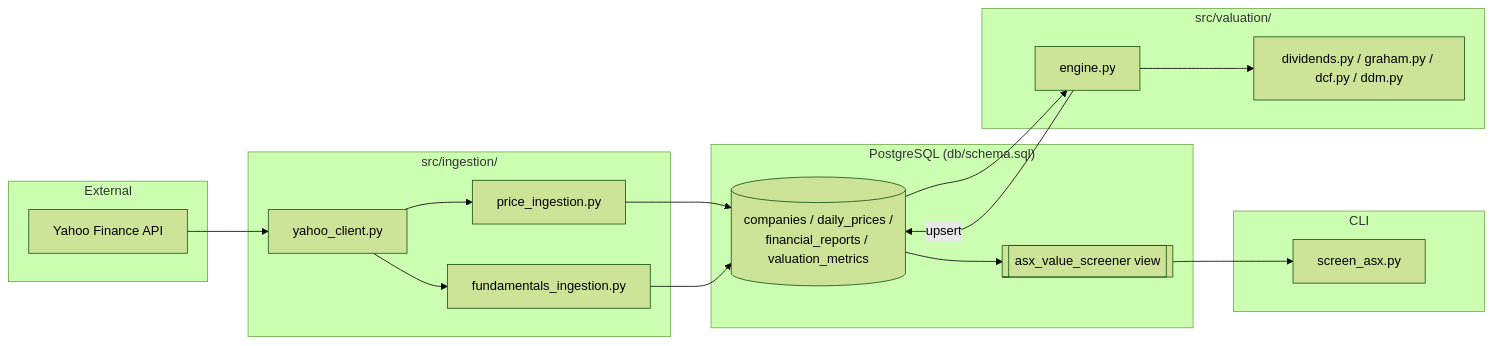
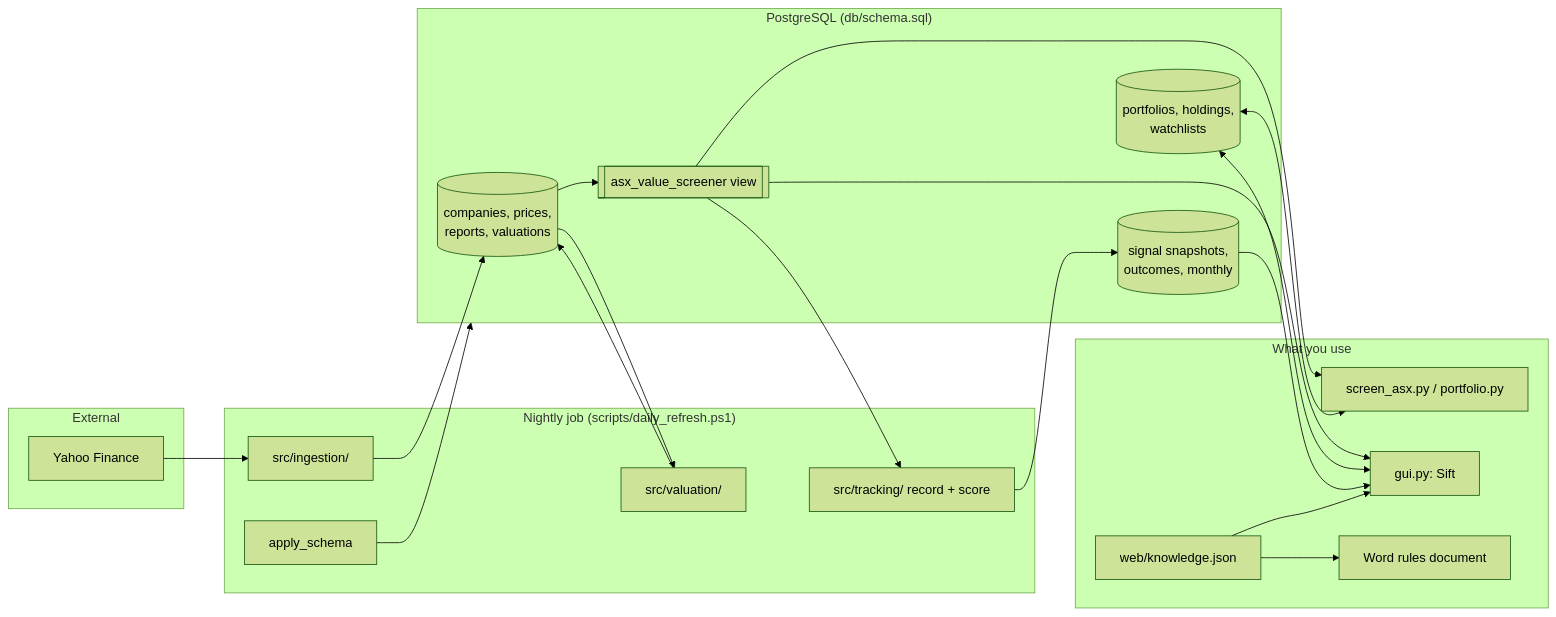
One commit to davidstangherlin/Portfolio changed the first of 2 diagrams in docs/AS_BUILT.md. Above: the diagram before and after it, drawn with Mermaid (forest theme). The commit also changed other lines of this file, not shown here.

Commit message:
Update AS_BUILT for the knowledge base and the system as it stands
- Executive summary rewritten: Sift, portfolios, watchlists, track record
  and knowledge base, current status, and a current architecture diagram
  (the old one showed only the original CLI and said live ingestion had
  never run)
- Document header: version 2.0, dated 2026-10-05, commits covered
- Web GUI routing list includes Help, portfolio and watchlist pages
- Testing summary: 402 tests, including the knowledge base checks
- Suggested next prompts: knowledge base done, how to add an entry, and
  plain-English Q&A as a later option

Claude-Session: https://claude.ai/code/session_013woDwy1Jw8XbwbT1HUNgCF

````diff
--- a/docs/AS_BUILT.md
+++ b/docs/AS_BUILT.md
@@ -22,29 +29,37 @@
 ```mermaid
 flowchart LR
     subgraph External
-        YF[Yahoo Finance API]
+        YF[Yahoo Finance]
     end
-    subgraph Ingestion["src/ingestion/"]
-        YC[yahoo_client.py]
-        PI[price_ingestion.py]
-        FI[fundamentals_ingestion.py]
+    subgraph Nightly["Nightly job (scripts/daily_refresh.ps1)"]
+        SCH[apply_schema]
+        ING[src/ingestion/]
+        VAL[src/valuation/]
+        REC[src/tracking/ record + score]
     end
     subgraph Storage["PostgreSQL (db/schema.sql)"]
-        DB[(companies / daily_prices /\nfinancial_reports / valuation_metrics)]
+        MKT[(companies, prices,\nreports, valuations)]
+        MINE[(portfolios, holdings,\nwatchlists)]
+        TR[(signal snapshots,\noutcomes, monthly)]
         VIEW[[asx_value_screener view]]
     end
-    subgraph Valuation["src/valuation/"]
-        ENG[engine.py]
-        CALC[dividends.py / graham.py / dcf.py / ddm.py]
-    end
-    subgraph CLI
-        SCREEN[screen_asx.py]
+    subgraph Use["What you use"]
+        CLI[screen_asx.py / portfolio.py]
+        GUI[gui.py: Sift]
+        KB[web/knowledge.json]
+        DOC[Word rules document]
     end
 
-    YF --> YC --> PI --> DB
-    YC --> FI --> DB
-    DB --> ENG
-    ENG --> CALC
-    ENG -->|upsert| DB
-    DB --> VIEW --> SCREEN
+    YF --> ING --> MKT
+    SCH --> Storage
+    MKT --> VAL --> MKT
+    MKT --> VIEW
+    VIEW --> REC --> TR
+    VIEW --> CLI
+    VIEW --> GUI
+    MINE <--> GUI
+    MINE <--> CLI
+    TR --> GUI
+    KB --> GUI
+    KB --> DOC
 ```
````
